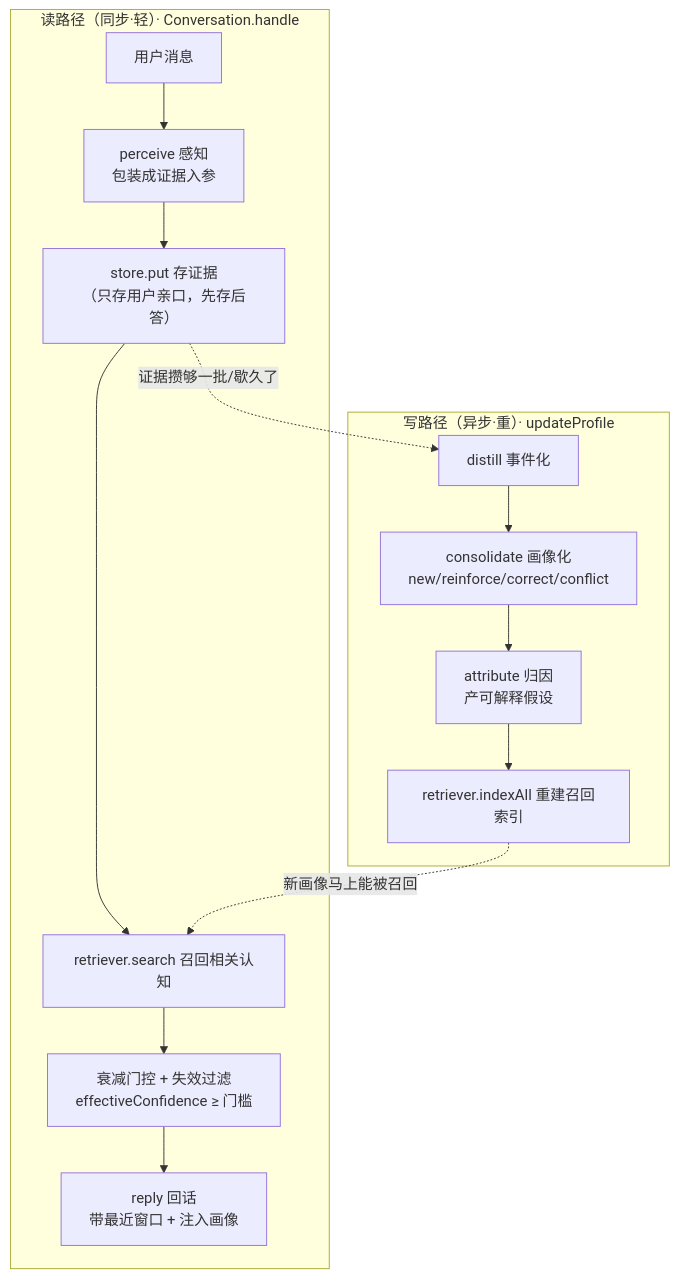
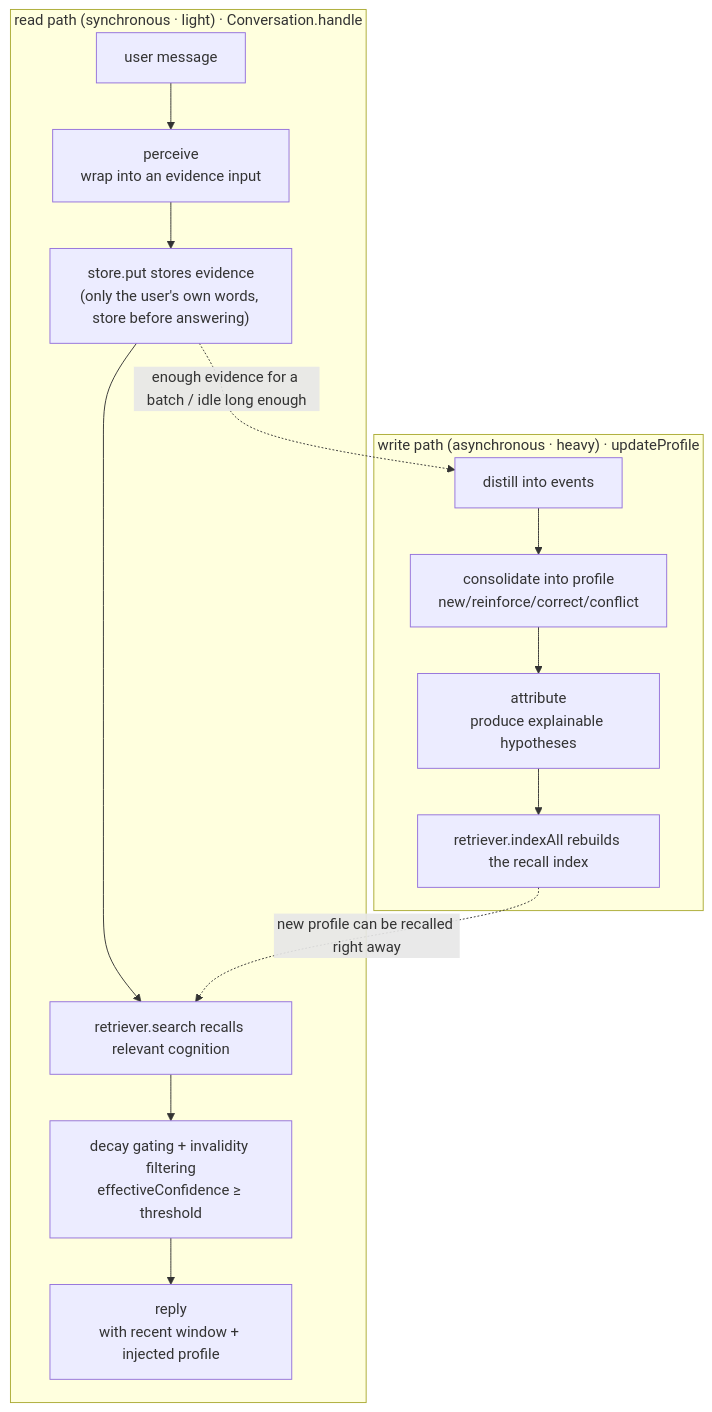
One commit to kestercarroll702-gif/memoweft changed the second of 4 diagrams in docs/architecture.md. Above: the diagram before and after it, drawn with Mermaid. The commit also changed other lines of this file and 1 other file, not shown here.

First line of the commit message:
docs(architecture): 英文化 architecture（英文主 + 中文 .zh-CN 降级同步）

````diff
--- a/docs/architecture.md
+++ b/docs/architecture.md
@@ -104,17 +106,17 @@
 ```mermaid
 flowchart TB
-  subgraph READ["读路径（同步·轻）· Conversation.handle"]
-    U["用户消息"] --> P["perceive 感知<br/>包装成证据入参"]
-    P --> S1["store.put 存证据<br/>（只存用户亲口，先存后答）"]
-    S1 --> R1["retriever.search 召回相关认知"]
-    R1 --> G["衰减门控 + 失效过滤<br/>effectiveConfidence ≥ 门槛"]
-    G --> A["reply 回话<br/>带最近窗口 + 注入画像"]
+  subgraph READ["read path (synchronous · light) · Conversation.handle"]
+    U["user message"] --> P["perceive<br/>wrap into an evidence input"]
+    P --> S1["store.put stores evidence<br/>(only the user's own words, store before answering)"]
+    S1 --> R1["retriever.search recalls relevant cognition"]
+    R1 --> G["decay gating + invalidity filtering<br/>effectiveConfidence ≥ threshold"]
+    G --> A["reply<br/>with recent window + injected profile"]
   end
-  subgraph WRITE["写路径（异步·重）· updateProfile"]
-    D["distill 事件化"] --> CO["consolidate 画像化<br/>new/reinforce/correct/conflict"]
-    CO --> AT["attribute 归因<br/>产可解释假设"]
-    AT --> IX["retriever.indexAll 重建召回索引"]
+  subgraph WRITE["write path (asynchronous · heavy) · updateProfile"]
+    D["distill into events"] --> CO["consolidate into profile<br/>new/reinforce/correct/conflict"]
+    CO --> AT["attribute<br/>produce explainable hypotheses"]
+    AT --> IX["retriever.indexAll rebuilds the recall index"]
   end
-  S1 -. "证据攒够一批/歇久了" .-> D
-  IX -. "新画像马上能被召回" .-> R1
+  S1 -. "enough evidence for a batch / idle long enough" .-> D
+  IX -. "new profile can be recalled right away" .-> R1
 ```
````
